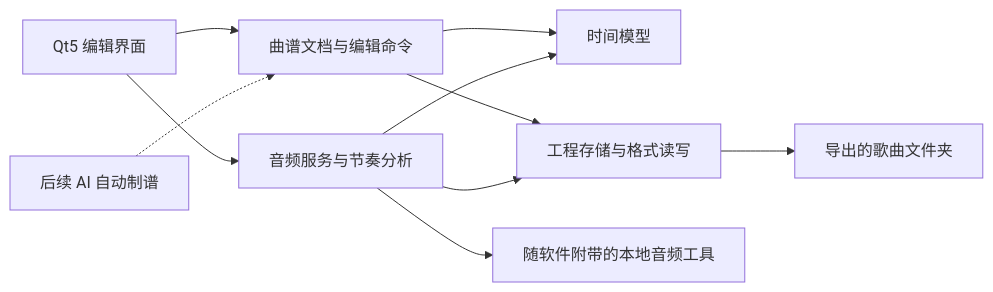
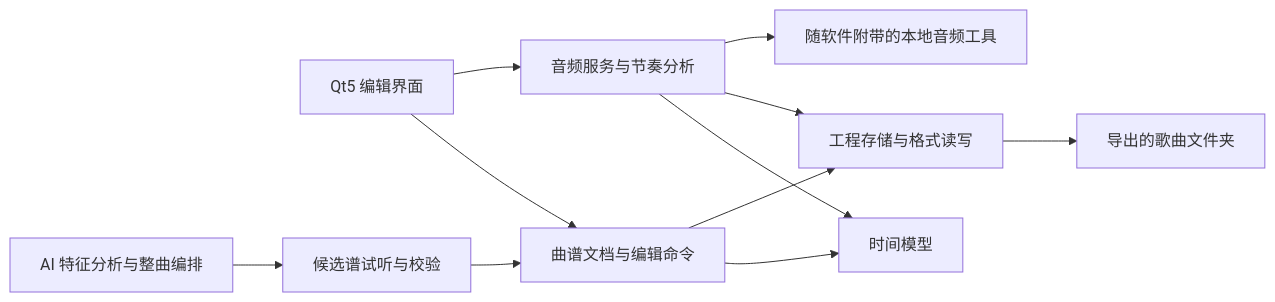
Before and after one commit to Vae-x/Lightsaber-Musical-Score-Creation: the diagram in docs/首版需求与架构.md, drawn with Mermaid. The commit also changed other lines of this file and 39 other files, not shown here.

````diff
--- a/docs/首版需求与架构.md
+++ b/docs/首版需求与架构.md
@@ -105,12 +105,13 @@
 ```mermaid
 flowchart LR
     UI[Qt5 编辑界面] --> DOC[曲谱文档与编辑命令]
     UI --> AUDIO[音频服务与节奏分析]
     DOC --> TIME[时间模型]
     AUDIO --> TIME
     DOC --> STORE[工程存储与格式读写]
     AUDIO --> STORE
     AUDIO --> TOOL[随软件附带的本地音频工具]
     STORE --> OUT[导出的歌曲文件夹]
-    FUTURE[后续 AI 自动制谱] -.-> DOC
+    AI[AI 特征分析与整曲编排] --> PREVIEW[候选谱试听与校验]
+    PREVIEW --> DOC
 ```
````
